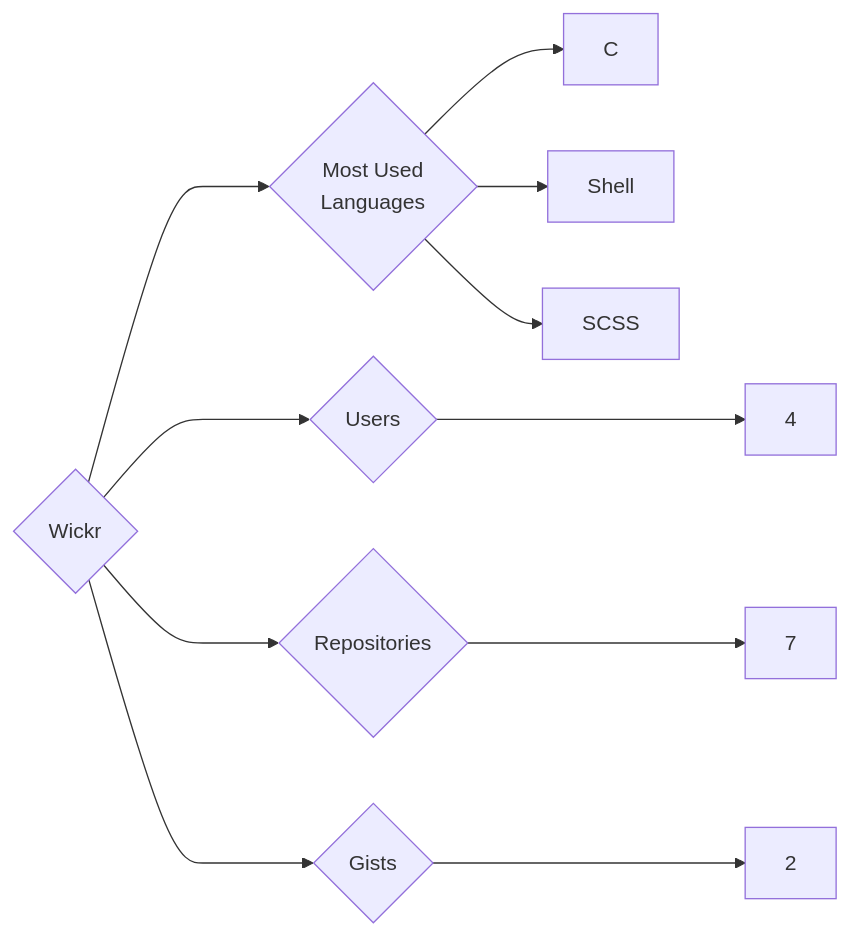
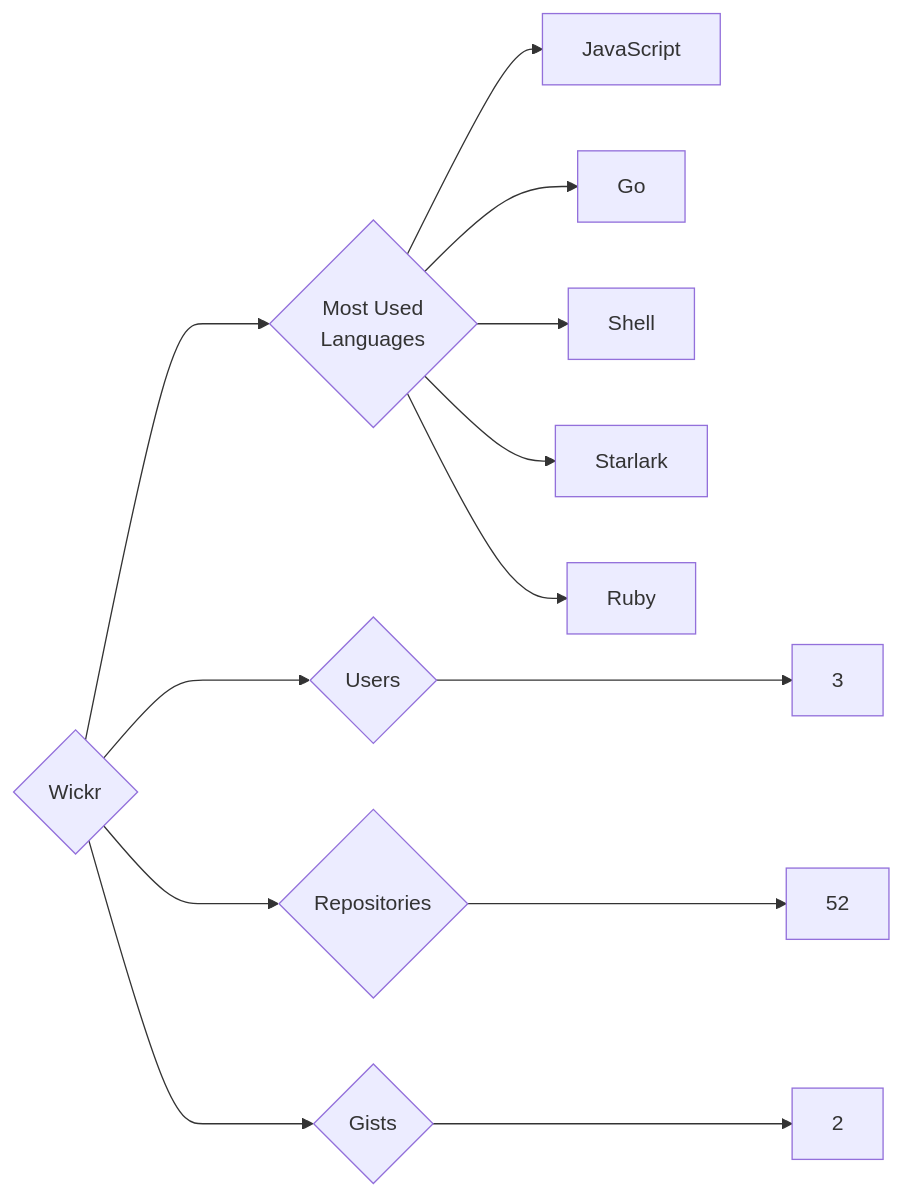
The diagram in targets/Wickr/README.md (trickest/insiders), drawn with Mermaid before and after one commit. The commit also changed 1248 other files, not shown here.

````diff
--- a/targets/Wickr/README.md
+++ b/targets/Wickr/README.md
@@ -3,11 +3,13 @@
 ```mermaid
 graph LR
 COMPANY_NAME{Wickr}
-COMPANY_NAME ---> U{Users} ---> UN[4]
-COMPANY_NAME ---> R{Repositories} ---> RN[7]
+COMPANY_NAME ---> U{Users} ---> UN[3]
+COMPANY_NAME ---> R{Repositories} ---> RN[52]
 COMPANY_NAME ---> G{Gists} ---> GN[2]
 COMPANY_NAME ---> ML{Most Used<br>Languages}
-ML --> C[C]
+ML --> JavaScript[JavaScript]
+ML --> Go[Go]
 ML --> Shell[Shell]
-ML --> SCSS[SCSS]
+ML --> Starlark[Starlark]
+ML --> Ruby[Ruby]
 ```
````
